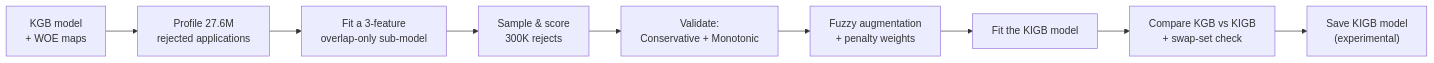
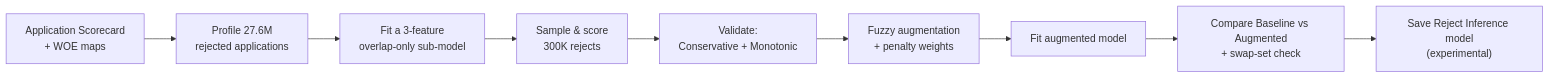
One commit to deveshusg/credit-risk-portfolio changed the second of 2 diagrams in phase1_pd_modeling/01_lendingclub/README.md. Above: the diagram before and after it, drawn with Mermaid. The commit also changed other lines of this file and 38 other files, not shown here.

````diff
--- a/phase1_pd_modeling/01_lendingclub/README.md
+++ b/phase1_pd_modeling/01_lendingclub/README.md
@@ -24,11 +24,11 @@
 ```mermaid
 flowchart LR
-    J["KGB model\n+ WOE maps"] --> K["Profile 27.6M\nrejected applications"]
+    J["Application Scorecard\n+ WOE maps"] --> K["Profile 27.6M\nrejected applications"]
     K --> L["Fit a 3-feature\noverlap-only sub-model"]
     L --> M["Sample & score\n300K rejects"]
     M --> N["Validate:\nConservative + Monotonic"]
     N --> O["Fuzzy augmentation\n+ penalty weights"]
-    O --> P["Fit the KIGB model"]
-    P --> Q["Compare KGB vs KIGB\n+ swap-set check"]
-    Q --> R["Save KIGB model\n(experimental)"]
+    O --> P["Fit augmented model"]
+    P --> Q["Compare Baseline vs Augmented\n+ swap-set check"]
+    Q --> R["Save Reject Inference model\n(experimental)"]
 ```
````
